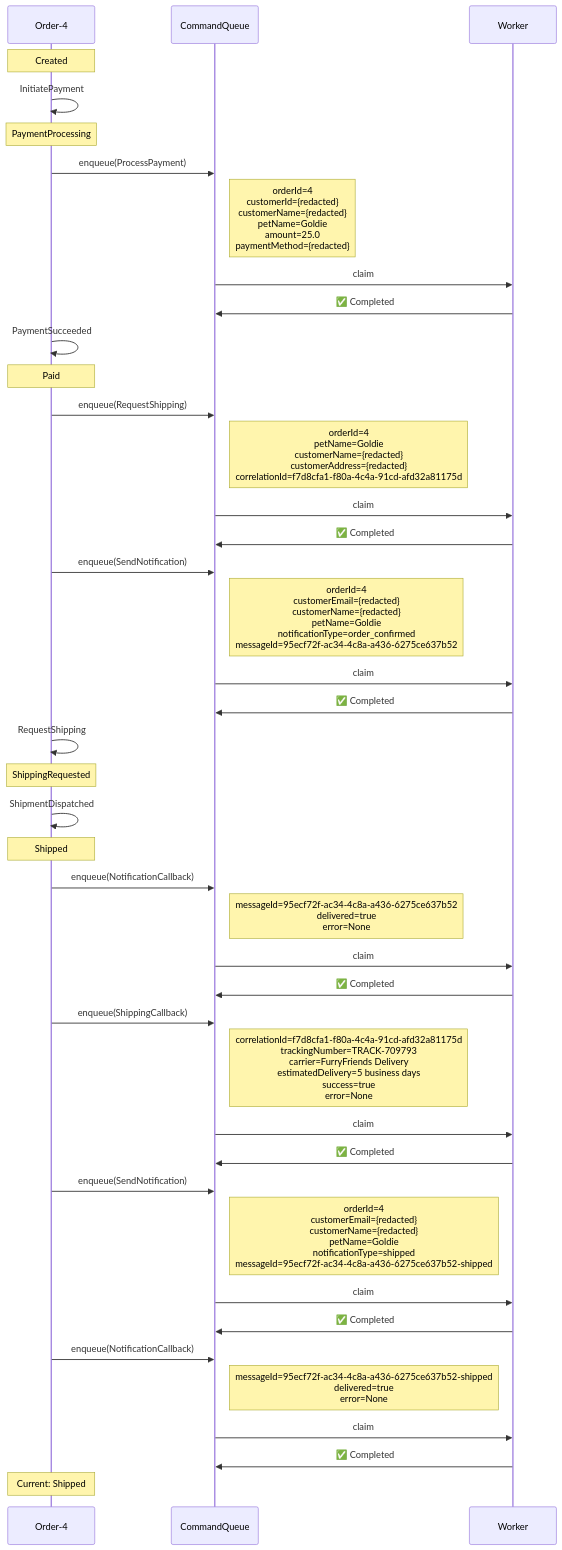
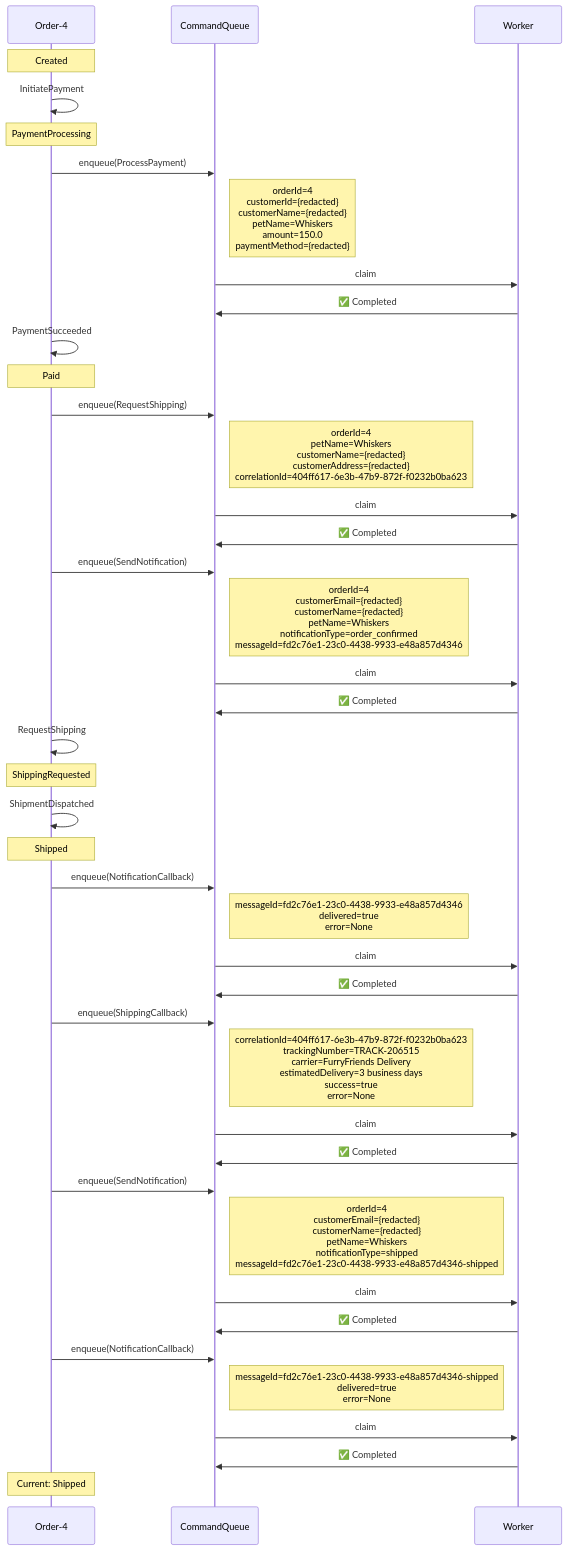
Before and after one commit to Iterable/mechanoid: the first of 3 diagrams in docs/visualizations/order-4-trace.md, drawn with Mermaid. The commit also changed 19 other files, not shown here.

````diff
--- a/docs/visualizations/order-4-trace.md
+++ b/docs/visualizations/order-4-trace.md
@@ -11,46 +11,46 @@
 ```mermaid
 %%{init: {'themeCSS': '.noteText { text-align: left !important; }'}}%%
 sequenceDiagram
     participant FSM as Order-4
     participant CQ as CommandQueue
     participant W as Worker
 
     Note over FSM: Created
     FSM->>FSM: InitiatePayment
     Note over FSM: PaymentProcessing
     FSM->>CQ: enqueue(ProcessPayment)
-    Note right of CQ: orderId=4<br/>customerId={redacted}<br/>customerName={redacted}<br/>petName=Goldie<br/>amount=25.0<br/>paymentMethod={redacted}
+    Note right of CQ: orderId=4<br/>customerId={redacted}<br/>customerName={redacted}<br/>petName=Whiskers<br/>amount=150.0<br/>paymentMethod={redacted}
     CQ->>W: claim
     W->>CQ: ✅ Completed
     FSM->>FSM: PaymentSucceeded
     Note over FSM: Paid
     FSM->>CQ: enqueue(RequestShipping)
-    Note right of CQ: orderId=4<br/>petName=Goldie<br/>customerName={redacted}<br/>customerAddress={redacted}<br/>correlationId=f7d8cfa1-f80a-4c4a-91cd-afd32a81175d
+    Note right of CQ: orderId=4<br/>petName=Whiskers<br/>customerName={redacted}<br/>customerAddress={redacted}<br/>correlationId=404ff617-6e3b-47b9-872f-f0232b0ba623
     CQ->>W: claim
     W->>CQ: ✅ Completed
     FSM->>CQ: enqueue(SendNotification)
-    Note right of CQ: orderId=4<br/>customerEmail={redacted}<br/>customerName={redacted}<br/>petName=Goldie<br/>notificationType=order_confirmed<br/>messageId=95ecf72f-ac34-4c8a-a436-6275ce637b52
+    Note right of CQ: orderId=4<br/>customerEmail={redacted}<br/>customerName={redacted}<br/>petName=Whiskers<br/>notificationType=order_confirmed<br/>messageId=fd2c76e1-23c0-4438-9933-e48a857d4346
     CQ->>W: claim
     W->>CQ: ✅ Completed
     FSM->>FSM: RequestShipping
     Note over FSM: ShippingRequested
     FSM->>FSM: ShipmentDispatched
     Note over FSM: Shipped
     FSM->>CQ: enqueue(NotificationCallback)
-    Note right of CQ: messageId=95ecf72f-ac34-4c8a-a436-6275ce637b52<br/>delivered=true<br/>error=None
+    Note right of CQ: messageId=fd2c76e1-23c0-4438-9933-e48a857d4346<br/>delivered=true<br/>error=None
     CQ->>W: claim
     W->>CQ: ✅ Completed
     FSM->>CQ: enqueue(ShippingCallback)
-    Note right of CQ: correlationId=f7d8cfa1-f80a-4c4a-91cd-afd32a81175d<br/>trackingNumber=TRACK-709793<br/>carrier=FurryFriends Delivery<br/>estimatedDelivery=5 business days<br/>success=true<br/>error=None
+    Note right of CQ: correlationId=404ff617-6e3b-47b9-872f-f0232b0ba623<br/>trackingNumber=TRACK-206515<br/>carrier=FurryFriends Delivery<br/>estimatedDelivery=3 business days<br/>success=true<br/>error=None
     CQ->>W: claim
     W->>CQ: ✅ Completed
     FSM->>CQ: enqueue(SendNotification)
-    Note right of CQ: orderId=4<br/>customerEmail={redacted}<br/>customerName={redacted}<br/>petName=Goldie<br/>notificationType=shipped<br/>messageId=95ecf72f-ac34-4c8a-a436-6275ce637b52-shipped
+    Note right of CQ: orderId=4<br/>customerEmail={redacted}<br/>customerName={redacted}<br/>petName=Whiskers<br/>notificationType=shipped<br/>messageId=fd2c76e1-23c0-4438-9933-e48a857d4346-shipped
     CQ->>W: claim
     W->>CQ: ✅ Completed
     FSM->>CQ: enqueue(NotificationCallback)
-    Note right of CQ: messageId=95ecf72f-ac34-4c8a-a436-6275ce637b52-shipped<br/>delivered=true<br/>error=None
+    Note right of CQ: messageId=fd2c76e1-23c0-4438-9933-e48a857d4346-shipped<br/>delivered=true<br/>error=None
     CQ->>W: claim
     W->>CQ: ✅ Completed
     Note over FSM: Current: Shipped
 ```
````
